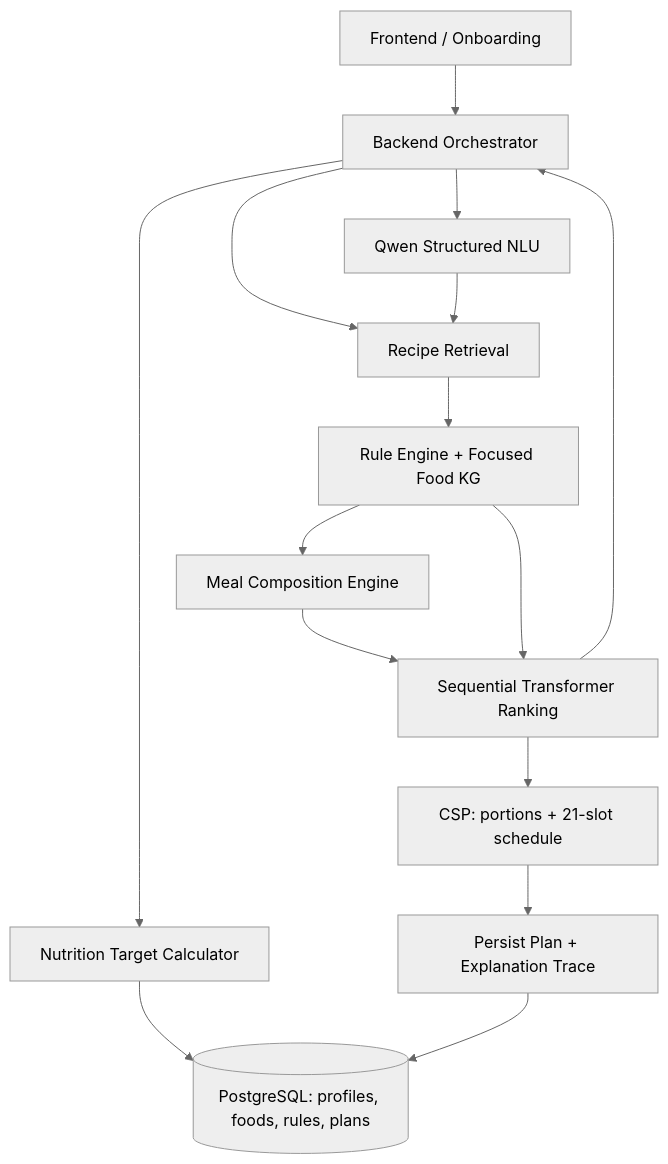
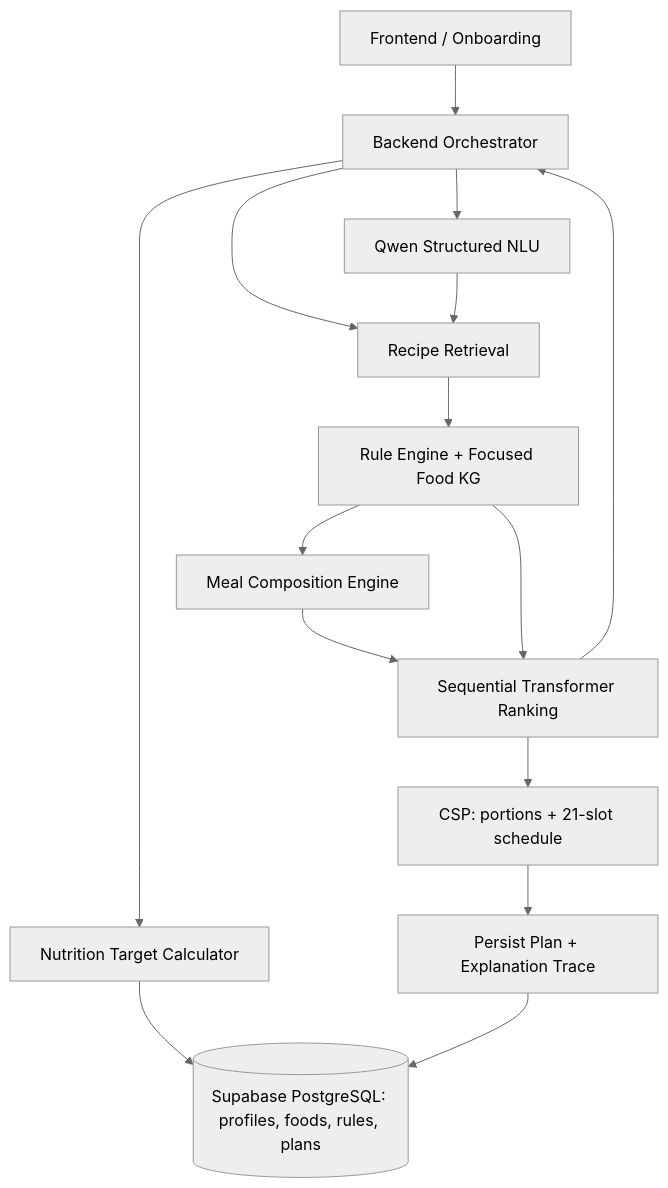
Before and after one commit to diwas10/Savora-AI-Meal-Planner-GC-1: the first of 3 diagrams in ARCHITECTURE.md, drawn with Mermaid (neutral theme). The commit also changed other lines of this file and 53 other files, not shown here.

````diff
--- a/ARCHITECTURE.md
+++ b/ARCHITECTURE.md
@@ -12,17 +12,17 @@
 ```mermaid
 flowchart TD
   UI[Frontend / Onboarding] --> API[Backend Orchestrator]
   API --> NP[Nutrition Target Calculator]
-  NP --> DB[(PostgreSQL: profiles, foods, rules, plans)]
+  NP --> DB[(Supabase PostgreSQL: profiles, foods, rules, plans)]
   API --> RET[Recipe Retrieval]
   RET --> RULE[Rule Engine + Focused Food KG]
   RULE --> COMP[Meal Composition Engine]
   COMP --> RANK[Sequential Transformer Ranking]
   RANK --> CSP[CSP: portions + 21-slot schedule]
   CSP --> SAVE[Persist Plan + Explanation Trace]
   SAVE --> DB
   API --> QWEN[Qwen Structured NLU]
   QWEN --> RET
   RULE --> RANK
   RANK --> API
 ```
````
